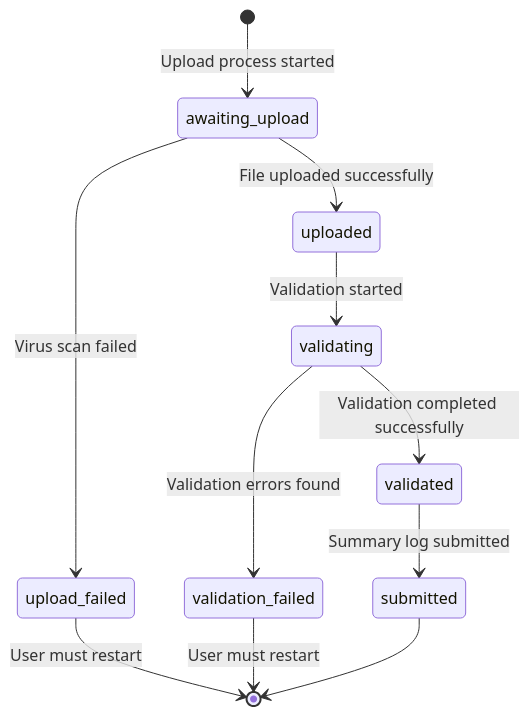
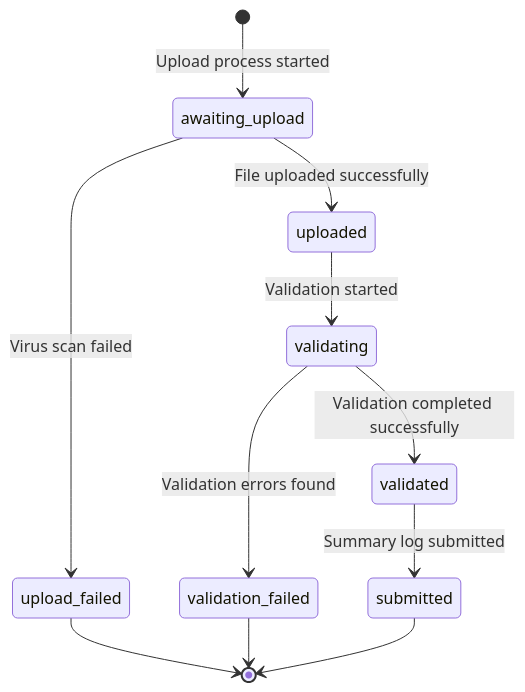
One commit to DEFRA/epr-backend changed the third of 10 diagrams in docs/architecture/discovery/pepr-hld.md. Above: the diagram before and after it, drawn with Mermaid.

Commit message:
Remove unnecessary transition labels from state diagram

````diff
--- a/docs/architecture/discovery/pepr-hld.md
+++ b/docs/architecture/discovery/pepr-hld.md
@@ -247,13 +247,13 @@
 ```mermaid
 stateDiagram-v2
     [*] --> awaiting_upload: Upload process started
     awaiting_upload --> uploaded: File uploaded successfully
     awaiting_upload --> upload_failed: Virus scan failed
     uploaded --> validating: Validation started
     validating --> validation_failed: Validation errors found
     validating --> validated: Validation completed successfully
     validated --> submitted: Summary log submitted
-    upload_failed --> [*]: User must restart
-    validation_failed --> [*]: User must restart
+    upload_failed --> [*]
+    validation_failed --> [*]
     submitted --> [*]
 ```
````
